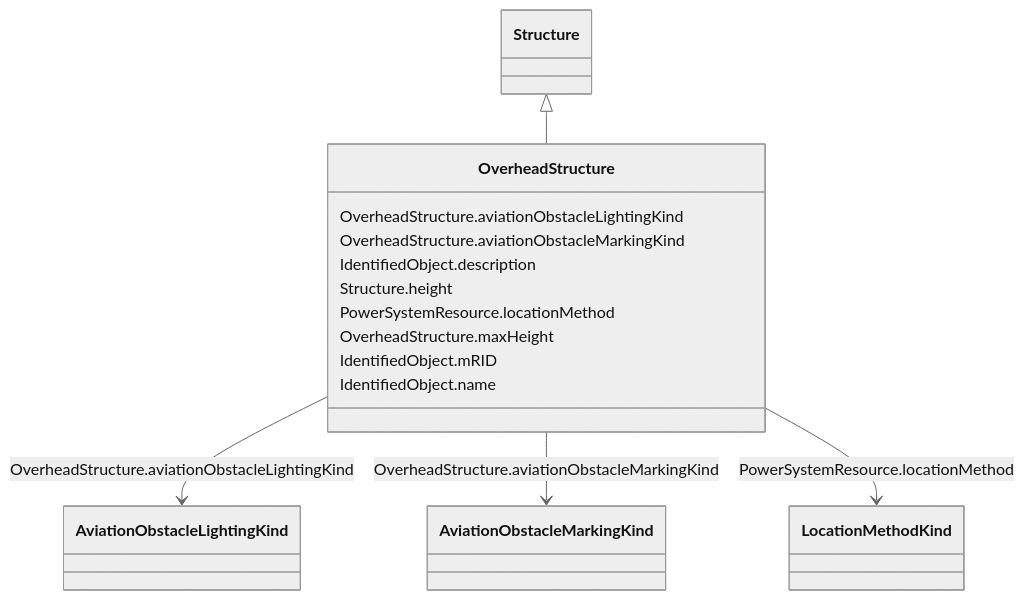
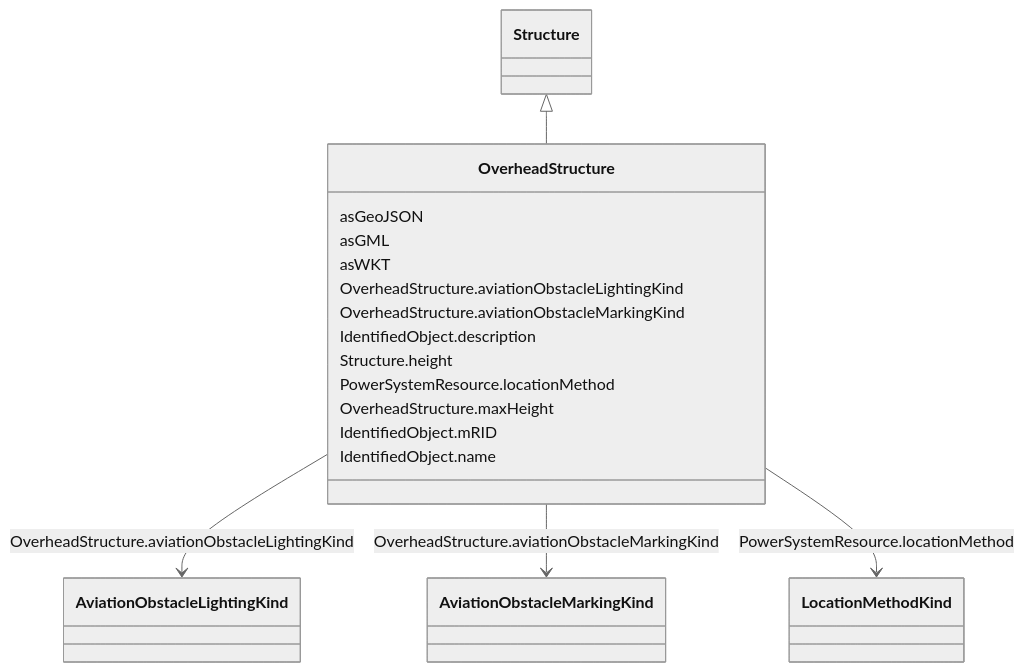
The diagram in docs/AviationObstacle/OverheadStructure.md (3lbits/NoCIMExtensions), drawn with Mermaid (neutral theme) before and after one commit. The commit also changed other lines of this file and 34 other files, not shown here.

````diff
--- a/docs/AviationObstacle/OverheadStructure.md
+++ b/docs/AviationObstacle/OverheadStructure.md
@@ -18,34 +18,40 @@
 ```mermaid
  classDiagram
     class OverheadStructure
     click OverheadStructure href "../OverheadStructure"
       Structure <|-- OverheadStructure
         click Structure href "../Structure"
       
+      OverheadStructure : asGeoJSON
+        
+      OverheadStructure : asGML
+        
+      OverheadStructure : asWKT
+        
       OverheadStructure : OverheadStructure.aviationObstacleLightingKind
         
           OverheadStructure --> AviationObstacleLightingKind : OverheadStructure.aviationObstacleLightingKind
           click AviationObstacleLightingKind href "../AviationObstacleLightingKind"
         
       OverheadStructure : OverheadStructure.aviationObstacleMarkingKind
         
           OverheadStructure --> AviationObstacleMarkingKind : OverheadStructure.aviationObstacleMarkingKind
           click AviationObstacleMarkingKind href "../AviationObstacleMarkingKind"
         
       OverheadStructure : IdentifiedObject.description
         
       OverheadStructure : Structure.height
         
       OverheadStructure : PowerSystemResource.locationMethod
         
           OverheadStructure --> LocationMethodKind : PowerSystemResource.locationMethod
           click LocationMethodKind href "../LocationMethodKind"
         
       OverheadStructure : OverheadStructure.maxHeight
         
       OverheadStructure : IdentifiedObject.mRID
         
       OverheadStructure : IdentifiedObject.name
         
       
 ```
````
